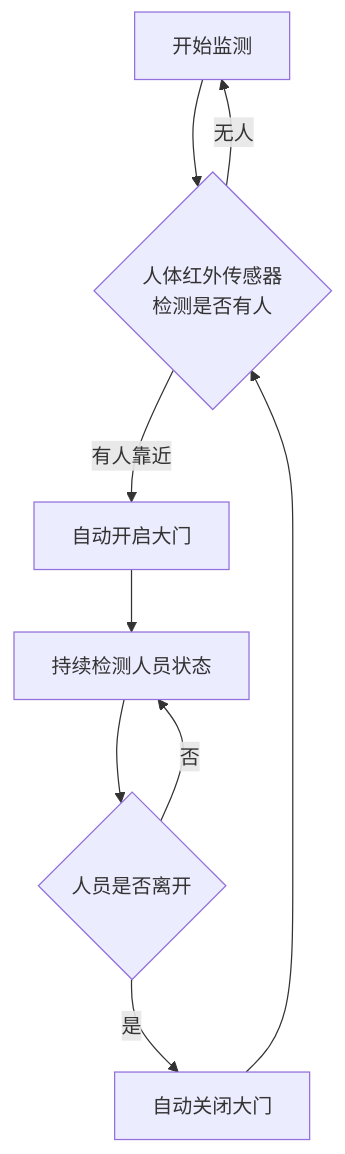
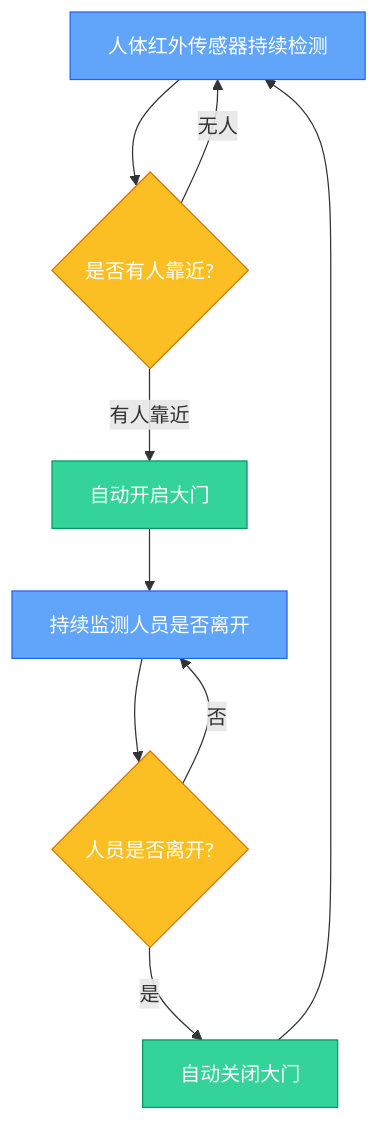
The diagram in assets/01_大门区域.md (yuetsh/IOT-Lab2), drawn with Mermaid before and after one commit. The commit also changed 26 other files, not shown here.

First line of the commit message:
refactor: 精简设备列表、统一参考流程图与设备-节点对应关系

````diff
--- a/assets/01_大门区域.md
+++ b/assets/01_大门区域.md
@@ -1,11 +1,15 @@
 ```mermaid
-flowchart TD
-    A[开始监测] --> B{人体红外传感器\n检测是否有人}
-    B -- 有人靠近 --> C[自动开启大门]
-    C --> D[持续检测人员状态]
-    D --> E{人员是否离开}
-    E -- 否 --> D
-    E -- 是 --> F[自动关闭大门]
-    F --> B
-    B -- 无人 --> A
+graph TD
+  classDef trigger fill:#60a5fa,stroke:#2563eb,color:#fff
+  classDef decision fill:#fbbf24,stroke:#d97706,color:#fff
+  classDef action fill:#34d399,stroke:#059669,color:#fff
+  classDef display fill:#a78bfa,stroke:#7c3aed,color:#fff
+  A[人体红外传感器持续检测]:::trigger --> B{是否有人靠近?}:::decision
+  B -->|有人靠近| C[自动开启大门]:::action
+  B -->|无人| A
+  C --> D[持续监测人员是否离开]:::trigger
+  D --> E{人员是否离开?}:::decision
+  E -->|否| D
+  E -->|是| F[自动关闭大门]:::action
+  F --> A
 ```
````
